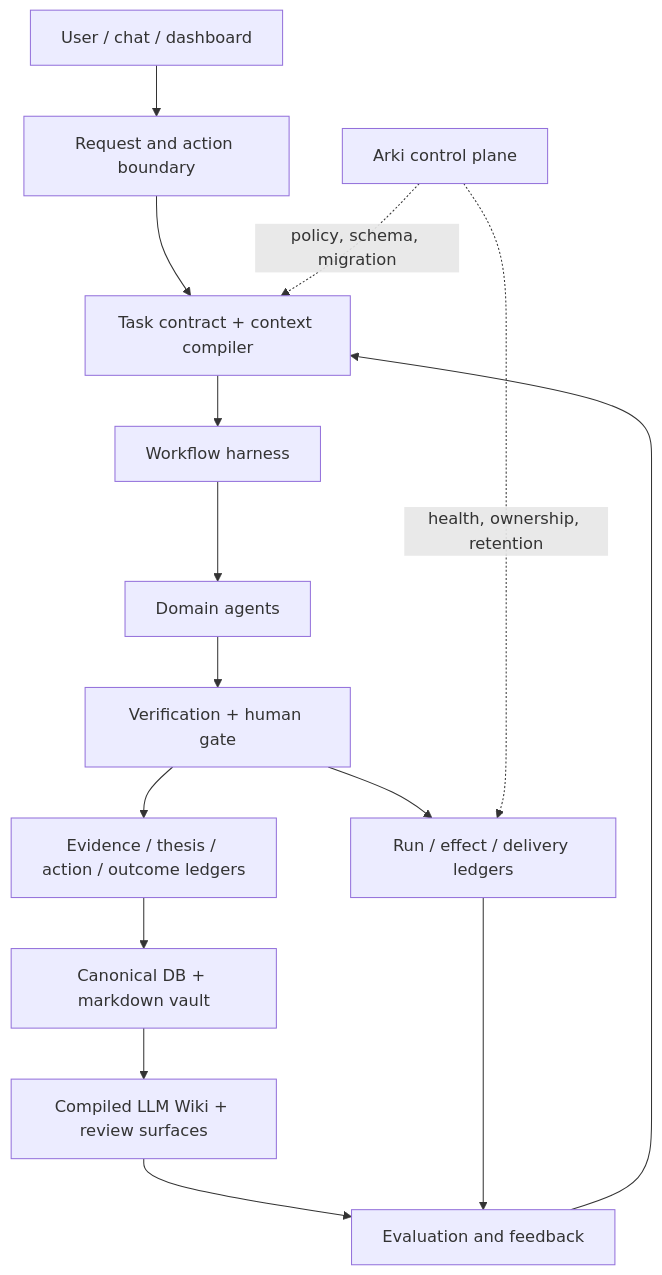
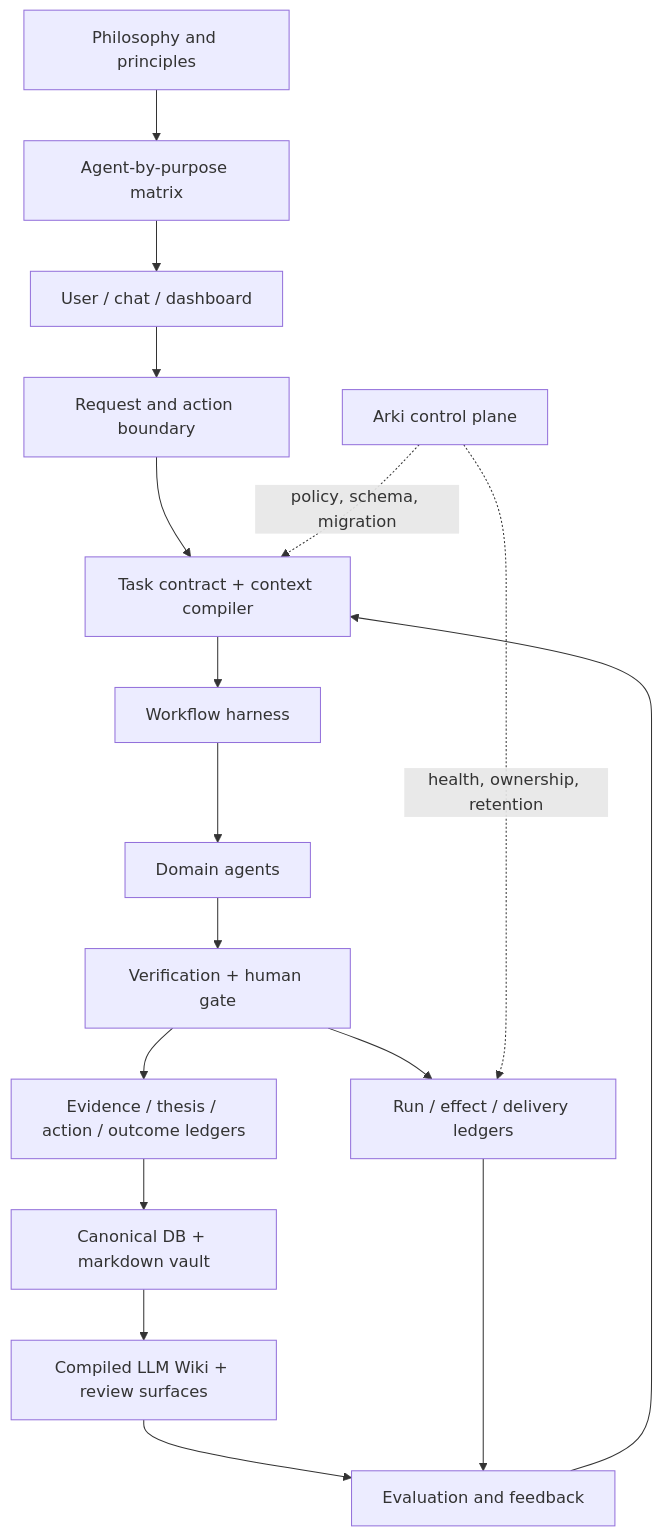
The diagram in docs/system-whitepaper.md (youngseongshin/thesis-investment-os), drawn with Mermaid before and after one commit. The commit also changed other lines of this file, not shown here.

Commit message:
docs(M-20260908-16): publish purpose-based whitepaper v3 architecture

````diff
--- a/docs/system-whitepaper.md
+++ b/docs/system-whitepaper.md
@@ -44,17 +55,19 @@
 ```mermaid
 flowchart TD
-  U["User / chat / dashboard"] --> B["Request and action boundary"]
+  P["Philosophy and principles"] --> M["Agent-by-purpose matrix"]
+  M --> U["User / chat / dashboard"]
+  U --> B["Request and action boundary"]
   B --> C["Task contract + context compiler"]
   C --> H["Workflow harness"]
   H --> A["Domain agents"]
   A --> V["Verification + human gate"]
   V --> L["Evidence / thesis / action / outcome ledgers"]
   V --> R["Run / effect / delivery ledgers"]
   L --> K["Canonical DB + markdown vault"]
   K --> W["Compiled LLM Wiki + review surfaces"]
   W --> E["Evaluation and feedback"]
   E --> C
   R --> E
   G["Arki control plane"] -. policy, schema, migration .-> C
   G -. health, ownership, retention .-> R
 ```
````
